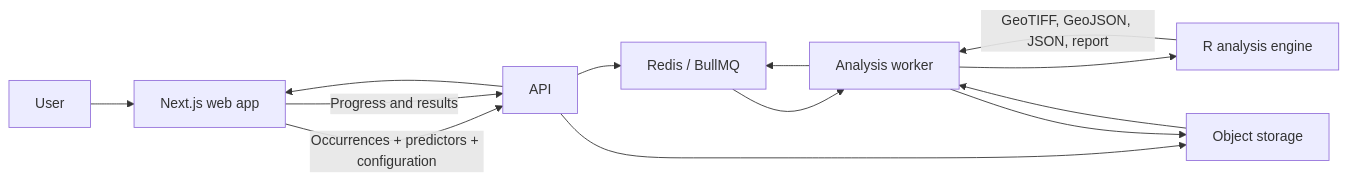
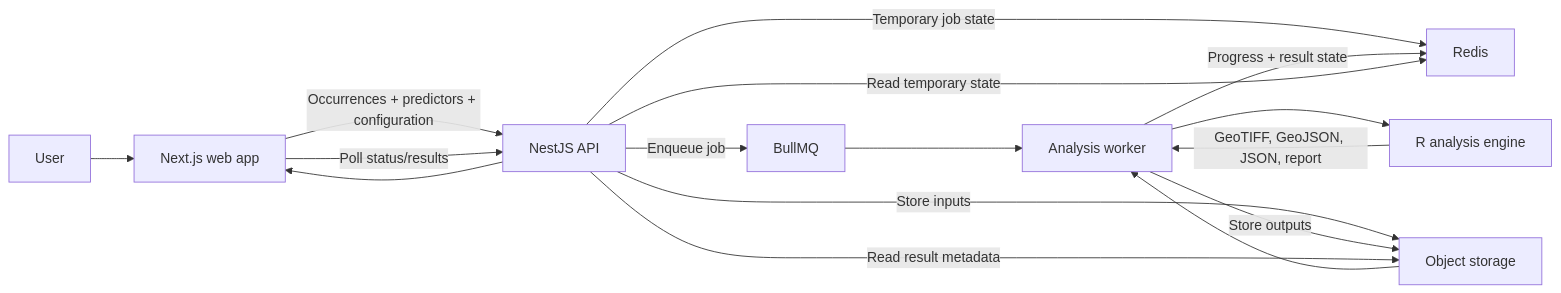
Before and after one commit to uroge/maxent-eco-suitability: the first of 4 diagrams in README.md, drawn with Mermaid. The commit also changed other lines of this file, not shown here.

````diff
--- a/README.md
+++ b/README.md
@@ -13,15 +38,25 @@
 ```mermaid
 flowchart LR
   U[User] --> W[Next.js web app]
-  W -->|Occurrences + predictors + configuration| A[API]
-  A --> Q[Redis / BullMQ]
-  A --> S[Object storage]
+
+  W -->|Occurrences + predictors + configuration| A[NestJS API]
+
+  A -->|Temporary job state| RDS[Redis]
+  A -->|Enqueue job| Q[BullMQ]
+  A -->|Store inputs| S[Object storage]
+
   Q --> K[Analysis worker]
   S --> K
+
   K --> R[R analysis engine]
+
   R -->|GeoTIFF, GeoJSON, JSON, report| K
-  K --> S
-  K --> Q
-  W -->|Progress and results| A
+
+  K -->|Store outputs| S
+  K -->|Progress + result state| RDS
+
+  W -->|Poll status/results| A
+  A -->|Read temporary state| RDS
+  A -->|Read result metadata| S
   A --> W
 ```
````
